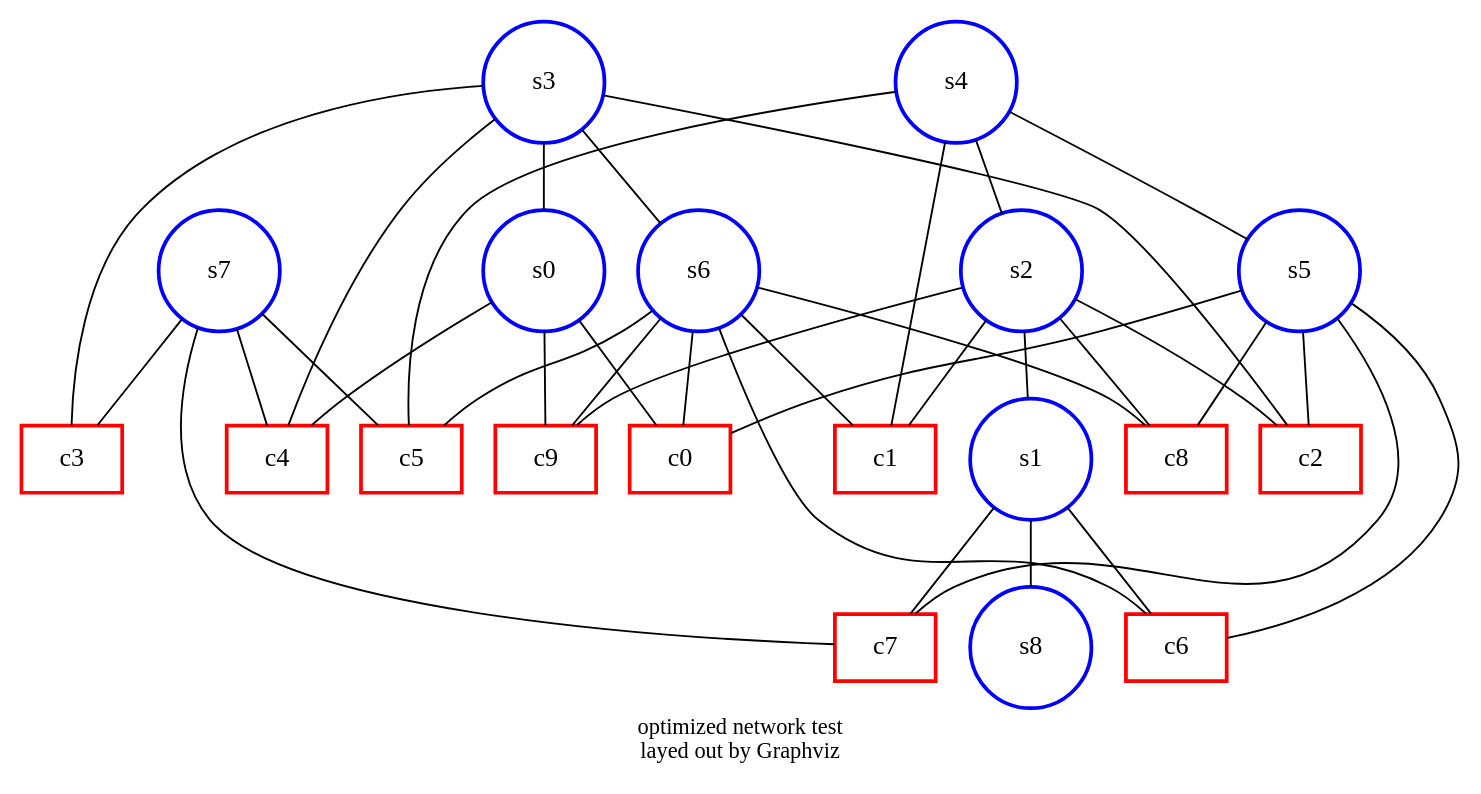
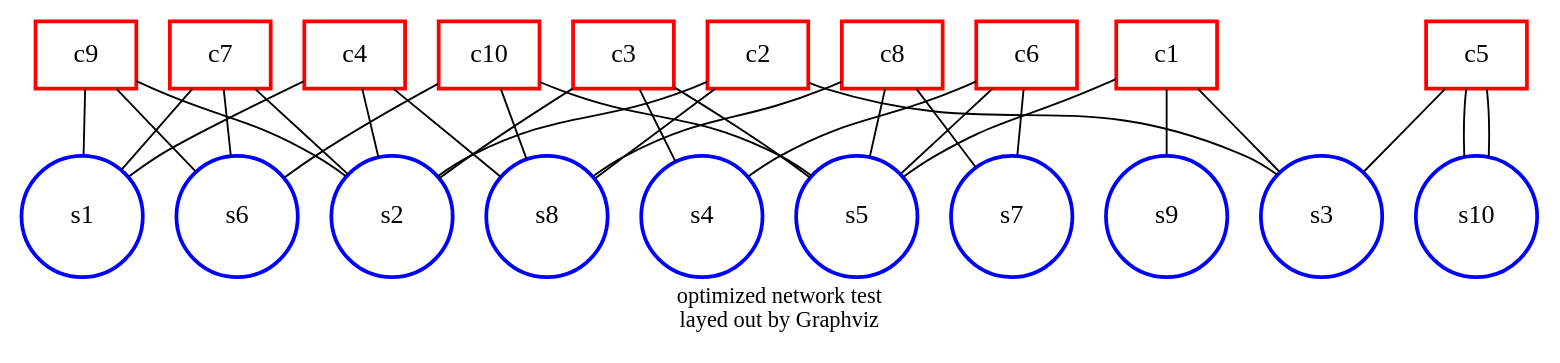
One commit to bhpayne/optimal-network-search changed the diagram in network.gv. Above: the diagram before and after it, drawn with Graphviz. The commit also changed 1 other file, not shown here.

Commit message:
this generates the graph but with redundant connections

```diff
--- a/network.gv
+++ b/network.gv
@@ -1,59 +1,56 @@
 ##Command to produce the output: "neato -Tpng thisfile.gv > thisfile.png"
 graph G {
-node [shape=box,color=red,style=bold];  c0;
 node [shape=box,color=red,style=bold];  c1;
 node [shape=box,color=red,style=bold];  c2;
 node [shape=box,color=red,style=bold];  c3;
 node [shape=box,color=red,style=bold];  c4;
 node [shape=box,color=red,style=bold];  c5;
 node [shape=box,color=red,style=bold];  c6;
 node [shape=box,color=red,style=bold];  c7;
 node [shape=box,color=red,style=bold];  c8;
 node [shape=box,color=red,style=bold];  c9;
-node [shape=circle,fixedsize=true,width=0.9,color=blue,style=bold];  s0;
+node [shape=box,color=red,style=bold];  c10;
 node [shape=circle,fixedsize=true,width=0.9,color=blue,style=bold];  s1;
 node [shape=circle,fixedsize=true,width=0.9,color=blue,style=bold];  s2;
 node [shape=circle,fixedsize=true,width=0.9,color=blue,style=bold];  s3;
 node [shape=circle,fixedsize=true,width=0.9,color=blue,style=bold];  s4;
 node [shape=circle,fixedsize=true,width=0.9,color=blue,style=bold];  s5;
 node [shape=circle,fixedsize=true,width=0.9,color=blue,style=bold];  s6;
 node [shape=circle,fixedsize=true,width=0.9,color=blue,style=bold];  s7;
-     s0--c0;
-     s0--c4;
-     s0--c9;
-     s1--c6;
-     s1--c7;
-     s1--s8;
-     s2--c1;
-     s2--c2;
-     s2--c8;
-     s2--c9;
-     s2--s1;
-     s3--c2;
-     s3--c3;
-     s3--c4;
-     s3--s0;
-     s3--s6;
-     s4--c1;
-     s4--c5;
-     s4--s2;
-     s4--s5;
-     s5--c0;
-     s5--c2;
-     s5--c6;
-     s5--c7;
-     s5--c8;
-     s6--c0;
-     s6--c1;
-     s6--c5;
-     s6--c6;
-     s6--c8;
-     s6--c9;
-     s7--c3;
-     s7--c4;
-     s7--c5;
-     s7--c7;
+node [shape=circle,fixedsize=true,width=0.9,color=blue,style=bold];  s8;
+node [shape=circle,fixedsize=true,width=0.9,color=blue,style=bold];  s9;
+node [shape=circle,fixedsize=true,width=0.9,color=blue,style=bold];  s10;
+     c4--s8;
+     c4--s1;
+     c7--s1;
+     c7--s6;
+     c8--s5;
+     c4--s2;
+     c6--s5;
+     c3--s5;
+     c10--s5;
+     c6--s7;
+     c2--s3;
+     c8--s8;
+     c1--s9;
+     c6--s4;
+     c3--s2;
+     c7--s2;
+     c3--s4;
+     c5--s10;
+     c10--s8;
+     c8--s7;
+     c2--s8;
+     c5--s3;
+     c9--s1;
+     c10--s6;
+     c2--s2;
+     c5--s10;
+     c9--s2;
+     c9--s6;
+     c1--s5;
+     c1--s3;
      overlap=false
      label="optimized network test\nlayed out by Graphviz"
      fontsize=12;
 }
```
